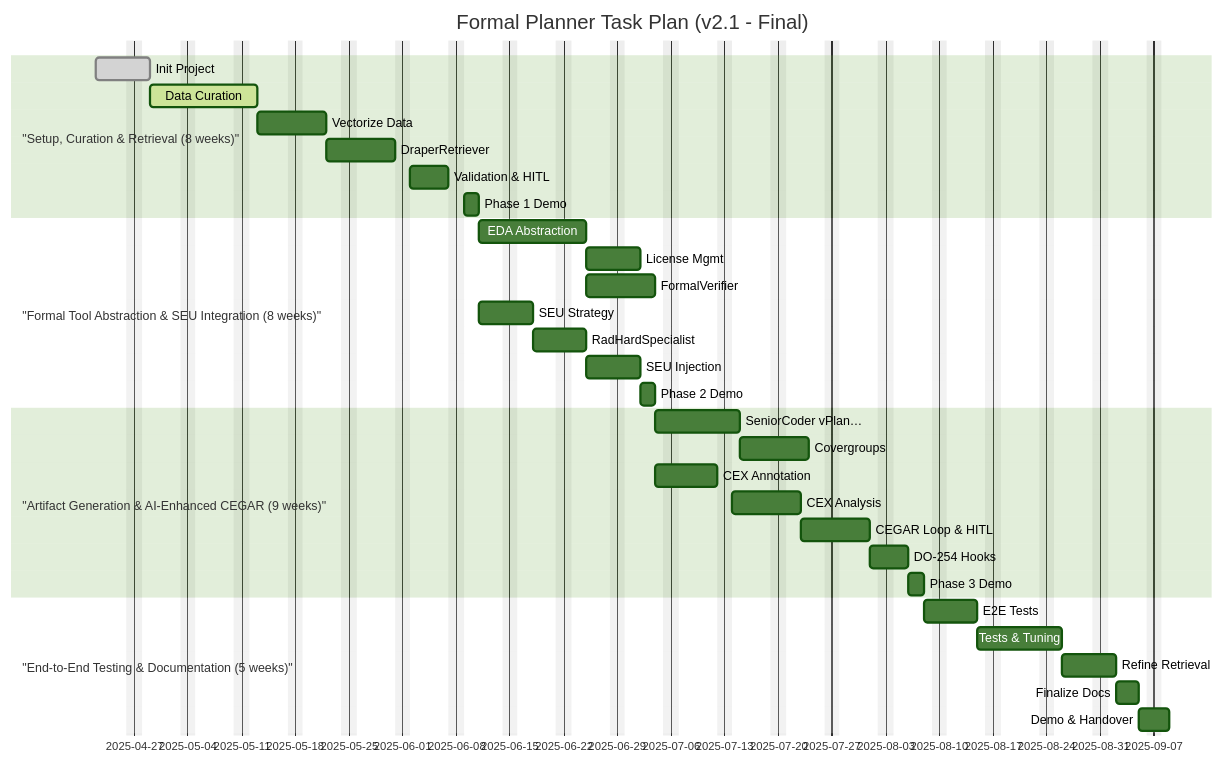
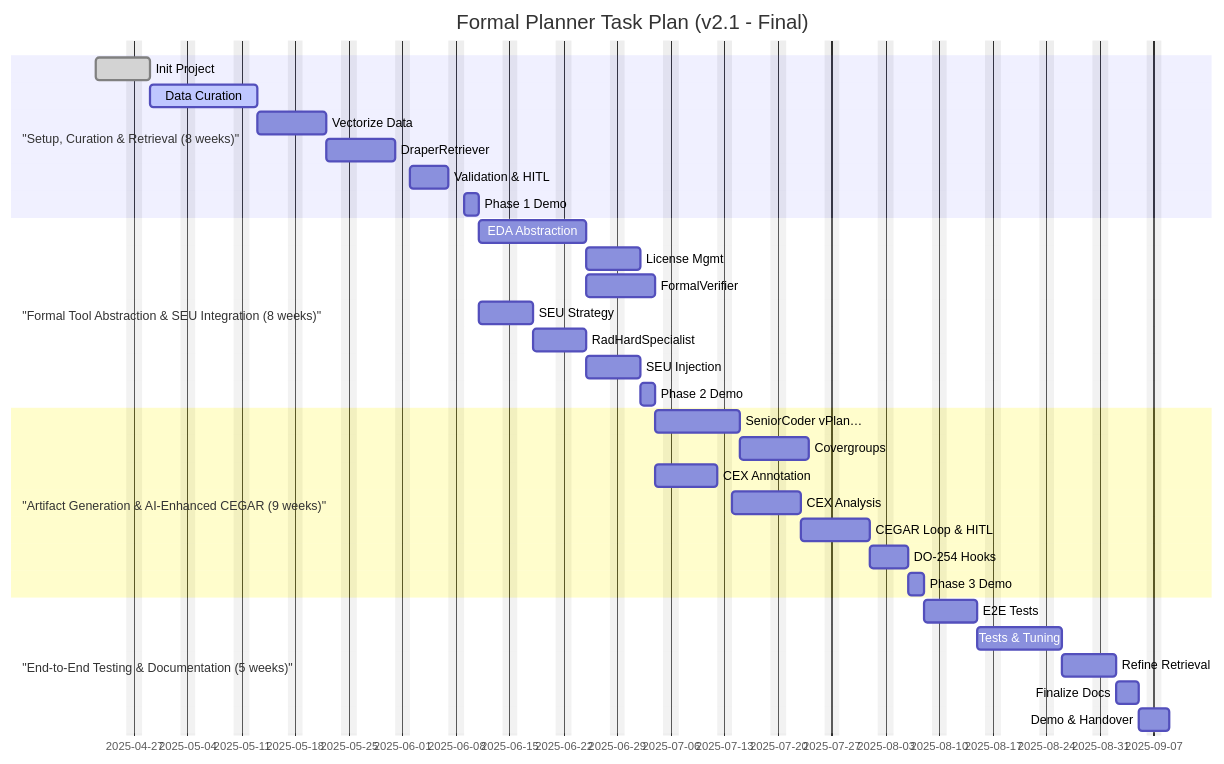
The diagram in draper_formal_planner/task.md (grahama1970/draper), drawn with Mermaid before and after one commit. The commit also changed 82 other files, not shown here.

````diff
--- a/draper_formal_planner/task.md
+++ b/draper_formal_planner/task.md
@@ -55,40 +55,60 @@
 ```mermaid
-%%{init: {'theme': 'forest'}}%%
+%%{init: { 'theme': 'base', 'themeVariables': {
+  'fontFamily': '"Gotham", "Mulish", sans-serif',
+  'primaryColor': '#F6F4EE',
+  'primaryTextColor': '#10181F',
+  'lineColor': '#10181F',
+  'secondaryColor': '#dcdcdc',
+  'tertiaryColor': '#555',
+  'gantt': {
+    'sectionTextColor': '#10181F',
+    'taskTextColor': '#10181F',
+    'taskBorderColor': '#10181F',
+    'taskBkgColor': '#F6F4EE',
+    'activeTaskBkgColor': '#dcdcdc',
+    'activeTaskBorderColor': '#10181F',
+    'doneTaskBkgColor': '#555',
+    'doneTaskBorderColor': '#10181F',
+    'critTaskBkgColor': '#FF4611',
+    'critTaskBorderColor': '#10181F',
+    'gridColor': '#dcdcdc'
+  }
+}}}%%
 gantt
     dateFormat  YYYY-MM-DD
     title       Formal Planner Task Plan (v2.1 - Final)
     excludes    weekends
 
     section "Setup, Curation & Retrieval (8 weeks)"
     Init Project                              :done, P1T1, 2025-04-22, 5d
     Data Curation                             :active, P1T2, after P1T1, 10d
     Vectorize Data                            :P1T3, after P1T2, 7d
     DraperRetriever                           :P1T4, after P1T3, 7d
     Validation & HITL                        :P1T5, after P1T4, 5d
     Phase 1 Demo                              :P1T6, after P1T5, 2d
 
     section "Formal Tool Abstraction & SEU Integration (8 weeks)"
     EDA Abstraction                           :P2T1, after P1T6, 10d
     License Mgmt                              :P2T2, after P2T1, 5d
     FormalVerifier                            :P2T3, after P2T1, 7d
     SEU Strategy                              :P2T4, after P1T6, 5d
     RadHardSpecialist                         :P2T5, after P2T4, 5d
     SEU Injection                             :P2T6, after P2T5, 5d
     Phase 2 Demo                              :P2T7, after P2T6, 2d
 
     section "Artifact Generation & AI-Enhanced CEGAR (9 weeks)"
     SeniorCoder vPlan…                      :P3T1, after P2T7, 7d
     Covergroups                              :P3T2, after P3T1, 7d
     CEX Annotation                           :P3T3, after P2T7, 6d
     CEX Analysis                             :P3T4, after P3T3, 7d
     CEGAR Loop & HITL                       :P3T5, after P3T4, 7d
     DO-254 Hooks                            :P3T6, after P3T5, 3d
     Phase 3 Demo                            :P3T7, after P3T6, 2d
 
     section "End-to-End Testing & Documentation (5 weeks)"
     E2E Tests                                :P4T1, after P3T7, 5d
     Tests & Tuning                          :P4T2, after P4T1, 7d
     Refine Retrieval                         :P4T3, after P4T2, 5d
     Finalize Docs                            :P4T4, after P4T3, 3d
     Demo & Handover                         :P4T5, after P4T4, 2d
 ```
````
